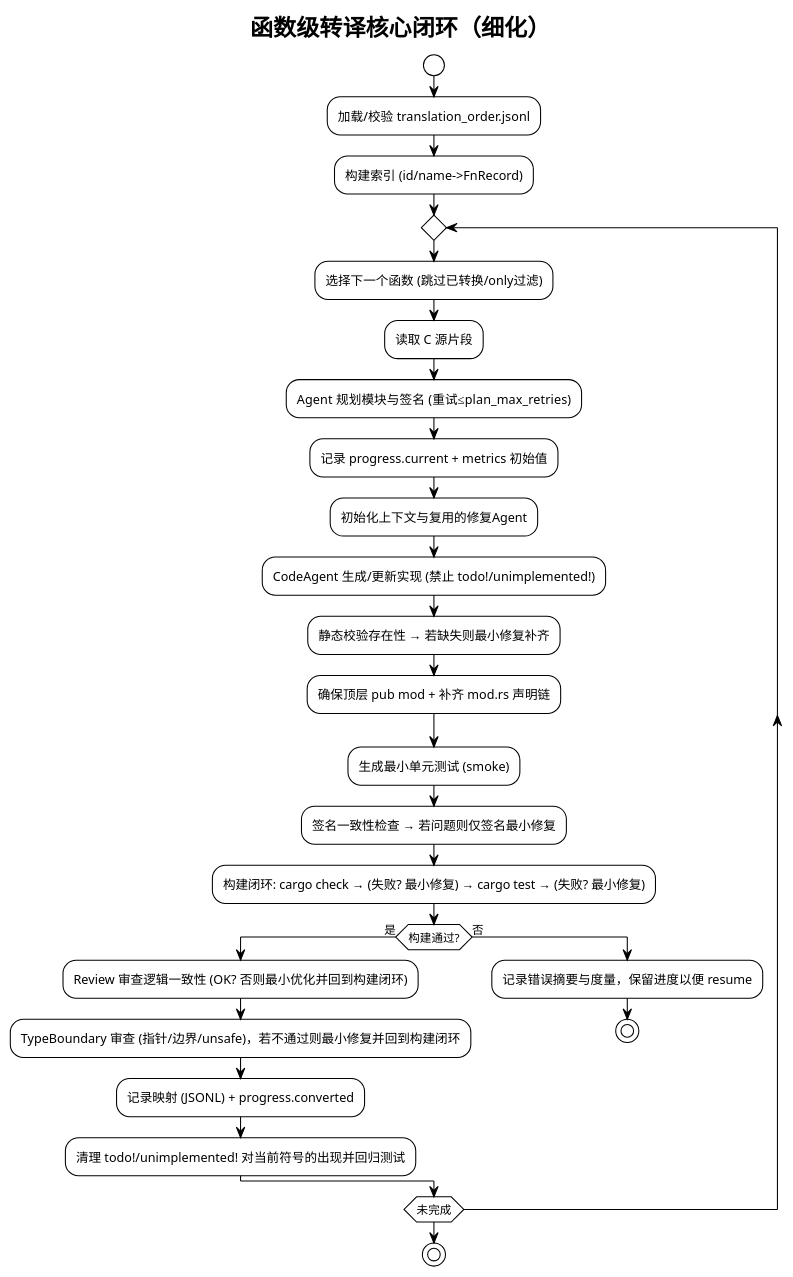
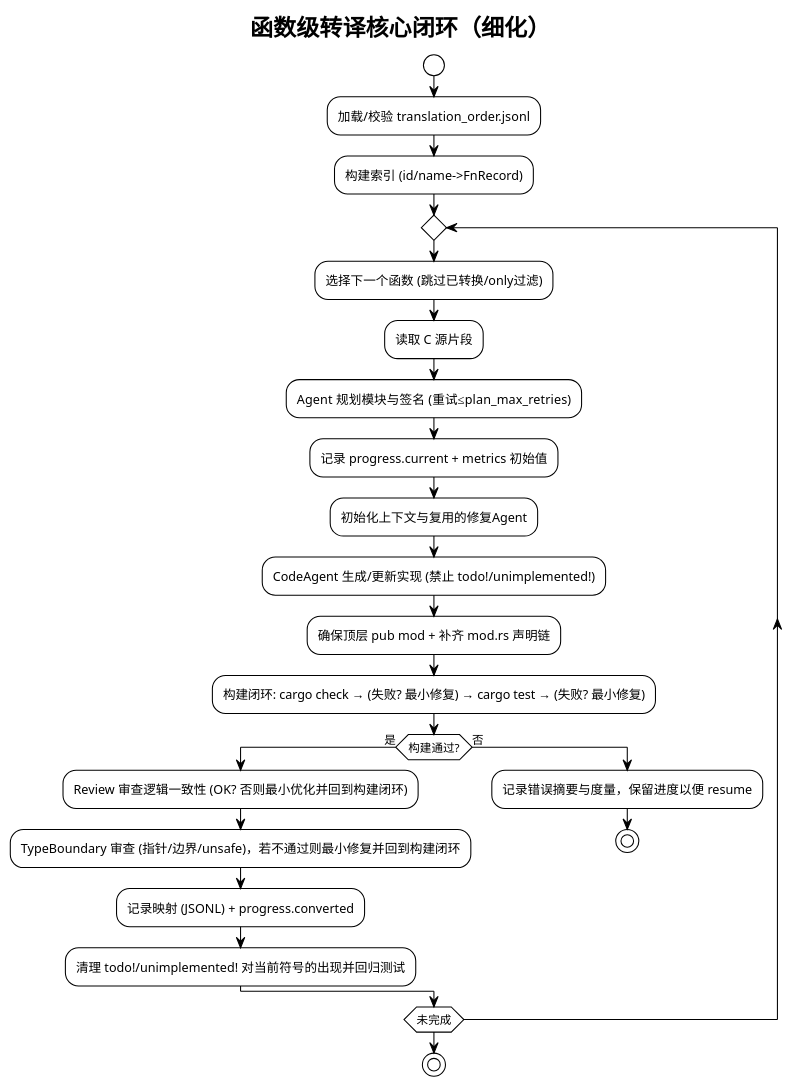
Before and after one commit to skyfireitdiy/Jarvis: diagram 52 of 60 in 技术报告.md, drawn with PlantUML. The commit also changed other lines of this file, not shown here.

````diff
--- a/技术报告.md
+++ b/技术报告.md
@@ -3736,33 +3730,30 @@
 ```plantuml
 @startuml
 !theme plain
 title 函数级转译核心闭环（细化）
 
 start
 :加载/校验 translation_order.jsonl;
 :构建索引 (id/name->FnRecord);
 repeat
   :选择下一个函数 (跳过已转换/only过滤);
   :读取 C 源片段;
   :Agent 规划模块与签名 (重试≤plan_max_retries);
   :记录 progress.current + metrics 初始值;
   :初始化上下文与复用的修复Agent;
   :CodeAgent 生成/更新实现 (禁止 todo!/unimplemented!);
-  :静态校验存在性 → 若缺失则最小修复补齐;
   :确保顶层 pub mod + 补齐 mod.rs 声明链;
-  :生成最小单元测试 (smoke);
-  :签名一致性检查 → 若问题则仅签名最小修复;
   :构建闭环: cargo check → (失败? 最小修复) → cargo test → (失败? 最小修复);
   if (构建通过?) then (是)
     :Review 审查逻辑一致性 (OK? 否则最小优化并回到构建闭环);
     :TypeBoundary 审查 (指针/边界/unsafe)，若不通过则最小修复并回到构建闭环;
     :记录映射 (JSONL) + progress.converted;
     :清理 todo!/unimplemented! 对当前符号的出现并回归测试;
   else (否)
     :记录错误摘要与度量，保留进度以便 resume;
     stop
   endif
 repeat while (未完成)
 stop
 @enduml
 ```
````
